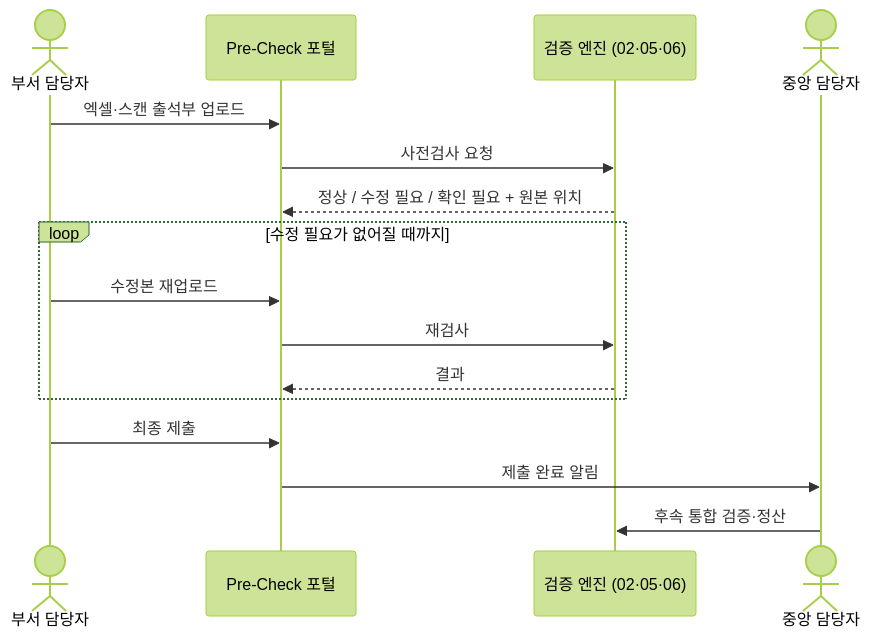
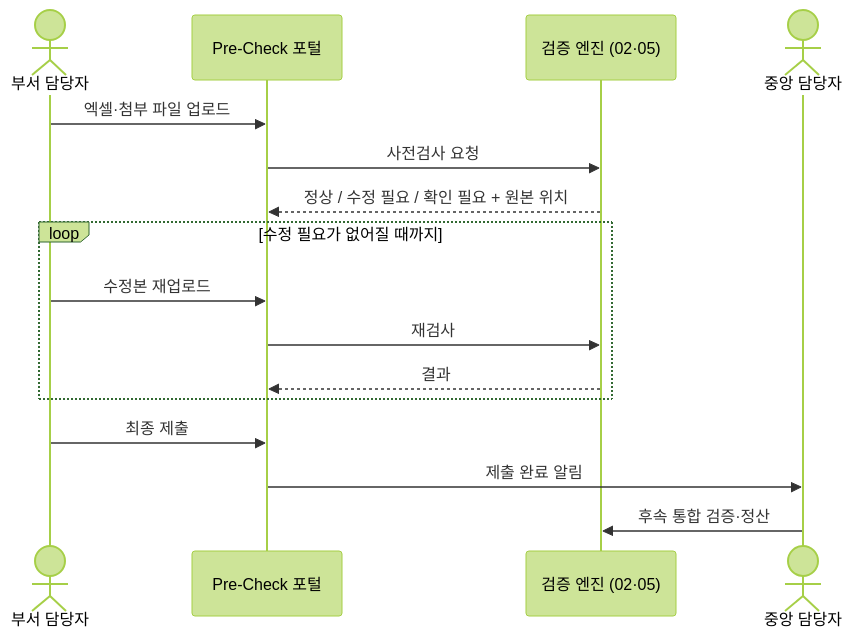
One commit to YC-CapstoneDesign-5/.github changed the fifth of 12 diagrams in docs/ARCHITECTURE.md. Above: the diagram before and after it, drawn with Mermaid (forest theme). The commit also changed other lines of this file and 6 other files, not shown here.

````diff
--- a/docs/ARCHITECTURE.md
+++ b/docs/ARCHITECTURE.md
@@ -170,18 +169,18 @@
 ```mermaid
 sequenceDiagram
     actor D as 부서 담당자
     participant P as Pre-Check 포털
-    participant V as 검증 엔진 (02·05·06)
+    participant V as 검증 엔진 (02·05)
     actor M as 중앙 담당자
-    D->>P: 엑셀·스캔 출석부 업로드
+    D->>P: 엑셀·첨부 파일 업로드
     P->>V: 사전검사 요청
     V-->>P: 정상 / 수정 필요 / 확인 필요 + 원본 위치
     loop 수정 필요가 없어질 때까지
         D->>P: 수정본 재업로드
         P->>V: 재검사
         V-->>P: 결과
     end
     D->>P: 최종 제출
     P->>M: 제출 완료 알림
     M->>V: 후속 통합 검증·정산
 ```
````
